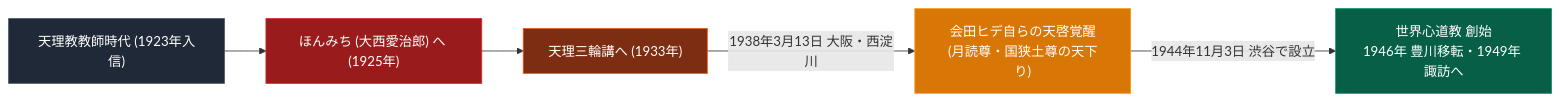
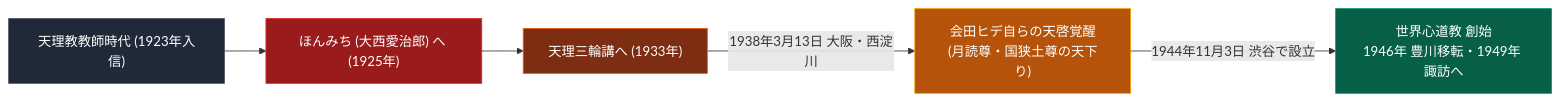
One commit to iida-masashi/religion-garden changed the diagram in content/01_宗派・異端研究/09_人物/会田ヒデ.md. Above: the diagram before and after it, drawn with Mermaid. The commit also changed 8 other files, not shown here.

````diff
--- a/content/01_宗派・異端研究/09_人物/会田ヒデ.md
+++ b/content/01_宗派・異端研究/09_人物/会田ヒデ.md
@@ -24,13 +24,13 @@
 ```mermaid
 graph LR
     A["<div style='color:#ffffff;'>天理教教師時代 (1923年入信)</div>"] --> B["<div style='color:#ffffff;'>ほんみち (大西愛治郎) へ (1925年)</div>"]
     B --> C["<div style='color:#ffffff;'>天理三輪講へ (1933年)</div>"]
     C -->|1938年3月13日 大阪・西淀川| D["<div style='color:#ffffff;'>会田ヒデ自らの天啓覚醒<br>(月読尊・国狭土尊の天下り)</div>"]
     D -->|1944年11月3日 渋谷で設立| E["<div style='color:#ffffff;'>世界心道教 創始<br>1946年 豊川移転・1949年 諏訪へ</div>"]
     
     style A fill:#1f2937,stroke:#4b5563,color:#fff
     style B fill:#991b1b,stroke:#dc2626,color:#fff
     style C fill:#7c2d12,stroke:#ea580c,color:#fff
-    style D fill:#d97706,stroke:#f59e0b,color:#fff
+    style D fill:#b45309,stroke:#f59e0b,color:#fff
     style E fill:#065f46,stroke:#059669,color:#fff
 ```
````
